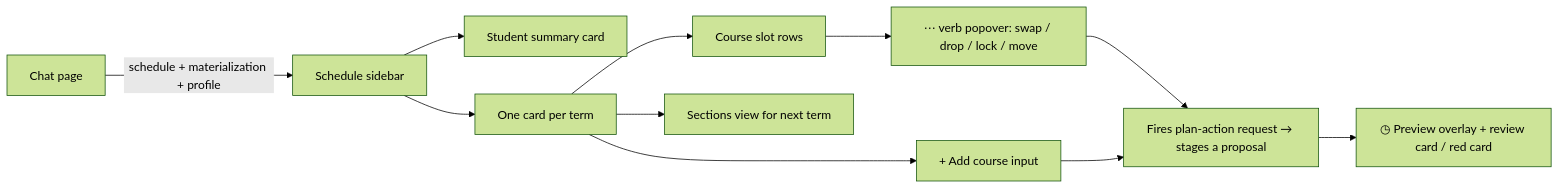
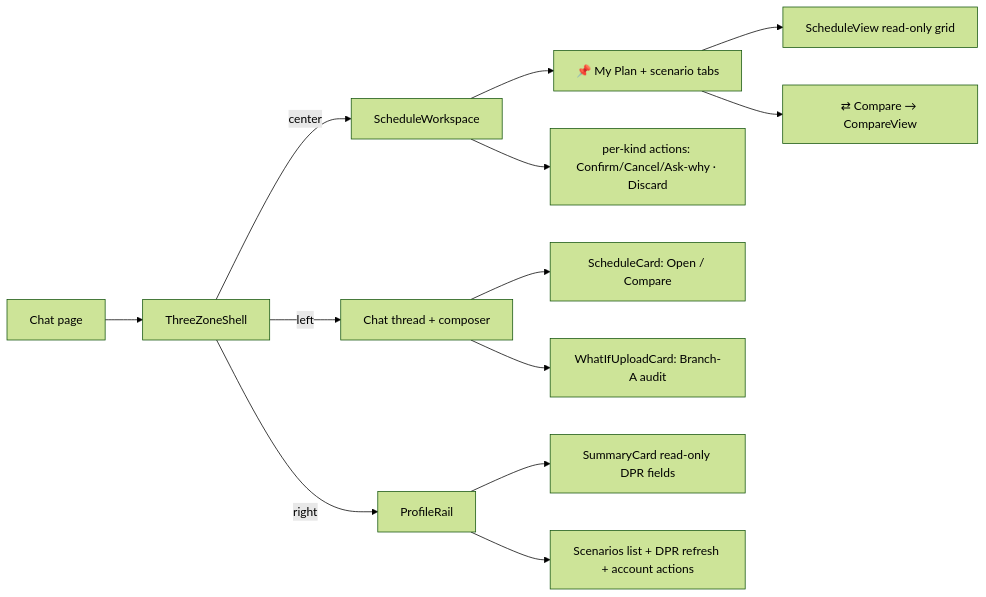
One commit to EdoardoMongardi/NYU_Path changed the first of 2 diagrams in Docs/current-system/web/ui-components.md. Above: the diagram before and after it, drawn with Mermaid (forest theme). The commit also changed other lines of this file and 2 other files, not shown here.

First line of the commit message:
docs(plan36): H7.1 — revise web current-system docs + mark plan 36 COMPLETE

````diff
--- a/Docs/current-system/web/ui-components.md
+++ b/Docs/current-system/web/ui-components.md
@@ -9,13 +11,15 @@
 ```mermaid
 flowchart LR
-    Page[Chat page] -->|schedule + materialization + profile| Sidebar[Schedule sidebar]
-    Sidebar --> Summary[Student summary card]
-    Sidebar --> Terms[One card per term]
-    Terms --> Slots[Course slot rows]
-    Terms --> Sections[Sections view for next term]
-    Slots --> Popover[⋯ verb popover: swap / drop / lock / move]
-    Terms --> AddCourse[+ Add course input]
-    Popover --> Action[Fires plan-action request → stages a proposal]
-    AddCourse --> Action
-    Action --> Preview[◷ Preview overlay + review card / red card]
+    Page[Chat page] --> Shell[ThreeZoneShell]
+    Shell -->|left| Chat[Chat thread + composer]
+    Shell -->|center| Workspace[ScheduleWorkspace]
+    Shell -->|right| Profile[ProfileRail]
+    Workspace --> Tabs[📌 My Plan + scenario tabs]
+    Tabs --> View[ScheduleView read-only grid]
+    Tabs --> Compare[⇄ Compare → CompareView]
+    Workspace --> Actions[per-kind actions: Confirm/Cancel/Ask-why · Discard]
+    Chat --> Card[ScheduleCard: Open / Compare]
+    Chat --> Upload[WhatIfUploadCard: Branch-A audit]
+    Profile --> Summary[SummaryCard read-only DPR fields]
+    Profile --> ScenList[Scenarios list + DPR refresh + account actions]
 ```
````
